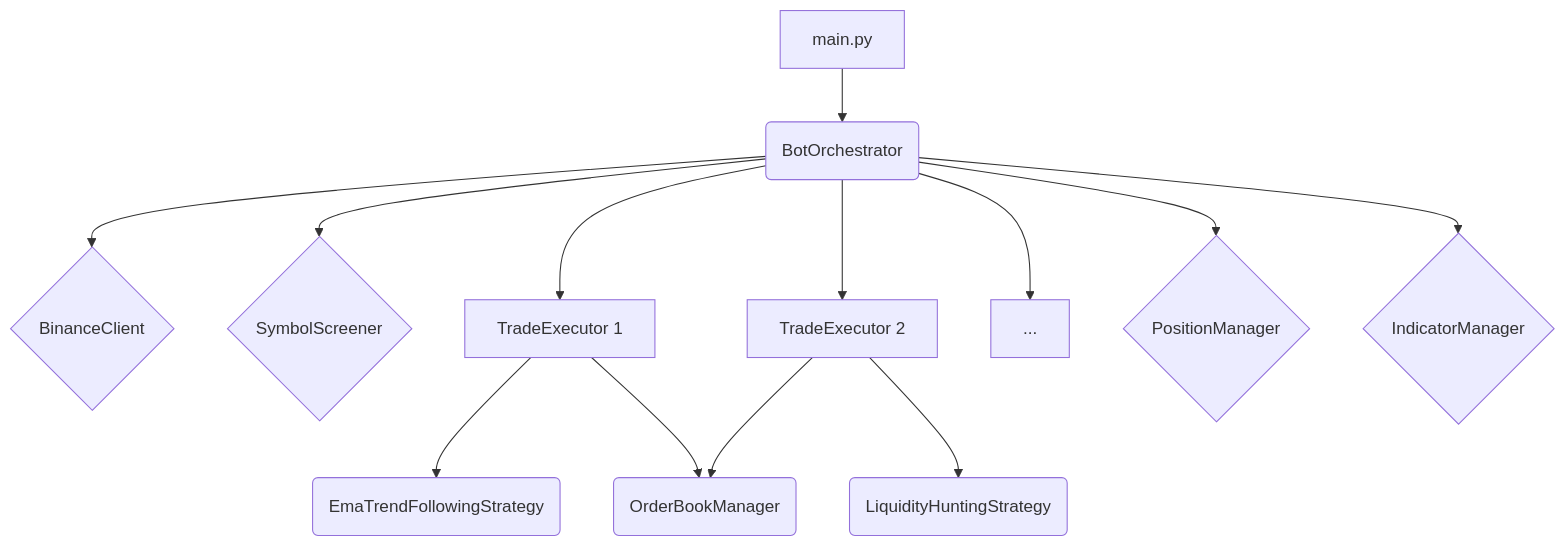
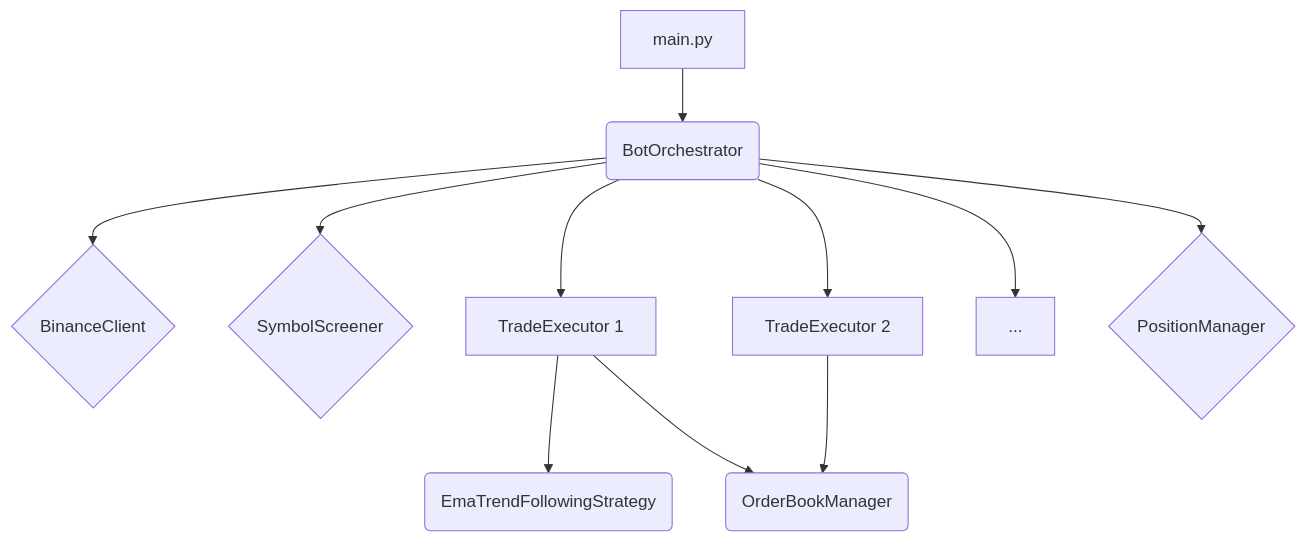
The diagram in documentation/architecture/overview.md (andriipushkar/scalp-v1.2), drawn with Mermaid before and after one commit. The commit also changed other lines of this file and 3 other files, not shown here.

````diff
--- a/documentation/architecture/overview.md
+++ b/documentation/architecture/overview.md
@@ -48,15 +48,13 @@
 ```mermaid
 graph TD
     A[main.py] --> B(BotOrchestrator);
     B --> C{BinanceClient};
     B --> D{SymbolScreener};
     B --> E[TradeExecutor 1];
     B --> F[TradeExecutor 2];
     B --> G[...];
     B --> H{PositionManager};
-    B --> K{IndicatorManager};
     E --> I(EmaTrendFollowingStrategy);
     E --> J(OrderBookManager);
-    F --> L(LiquidityHuntingStrategy);
     F --> J;
 ```
````
